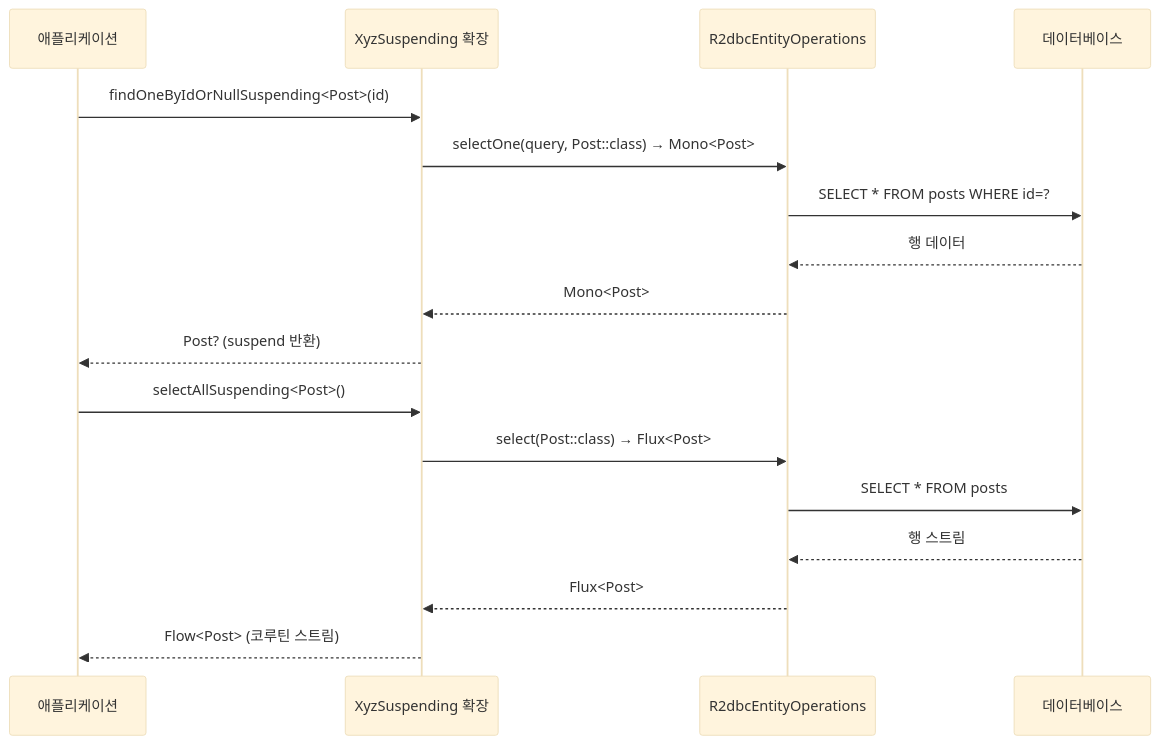
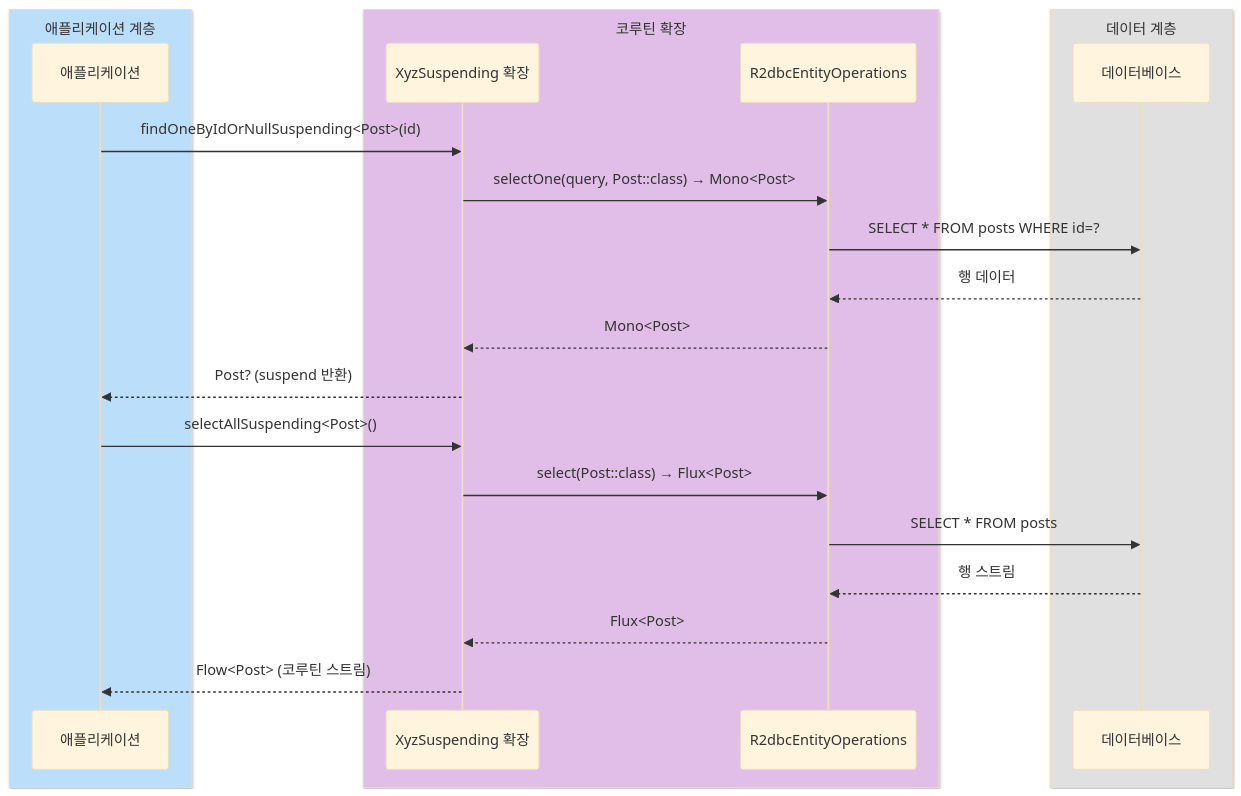
Before and after one commit to bluetape4k/bluetape4k-projects: the fourth of 4 diagrams in spring-boot3/r2dbc/README.ko.md, drawn with Mermaid (base theme). The commit also changed other lines of this file and 221 other files, not shown here.

First line of the commit message:
docs: 전체 모듈 README UML 다이어그램 보강 및 색상 업그레이드

````diff
--- a/spring-boot3/r2dbc/README.ko.md
+++ b/spring-boot3/r2dbc/README.ko.md
@@ -388,21 +419,27 @@
 ```mermaid
 sequenceDiagram
-    participant App as 애플리케이션
-    participant Ext as XyzSuspending 확장
-    participant Ops as R2dbcEntityOperations
-    participant DB as 데이터베이스
+    box rgb(187,222,251) 애플리케이션 계층
+        participant App as 애플리케이션
+    end
+    box rgb(225,190,231) 코루틴 확장
+        participant Ext as XyzSuspending 확장
+        participant Ops as R2dbcEntityOperations
+    end
+    box rgb(224,224,224) 데이터 계층
+        participant DB as 데이터베이스
+    end
 
     App->>Ext: findOneByIdOrNullSuspending<Post>(id)
     Ext->>Ops: selectOne(query, Post::class) → Mono<Post>
     Ops->>DB: SELECT * FROM posts WHERE id=?
     DB-->>Ops: 행 데이터
     Ops-->>Ext: Mono<Post>
     Ext-->>App: Post? (suspend 반환)
 
     App->>Ext: selectAllSuspending<Post>()
     Ext->>Ops: select(Post::class) → Flux<Post>
     Ops->>DB: SELECT * FROM posts
     DB-->>Ops: 행 스트림
     Ops-->>Ext: Flux<Post>
     Ext-->>App: Flow<Post> (코루틴 스트림)
 ```
````
